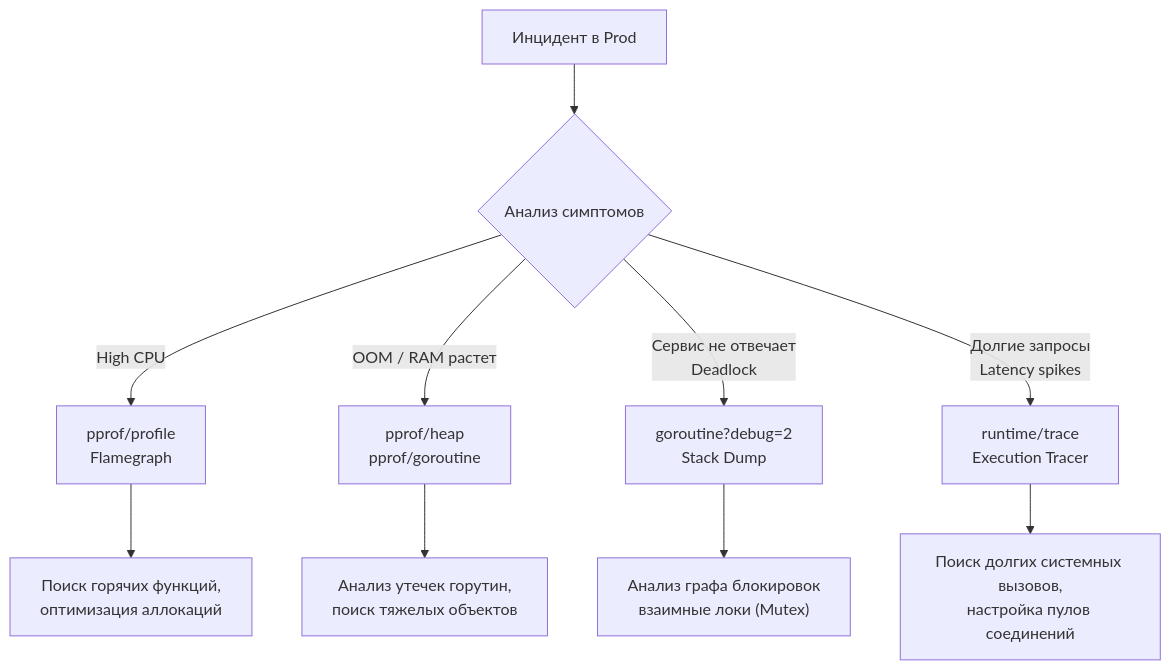
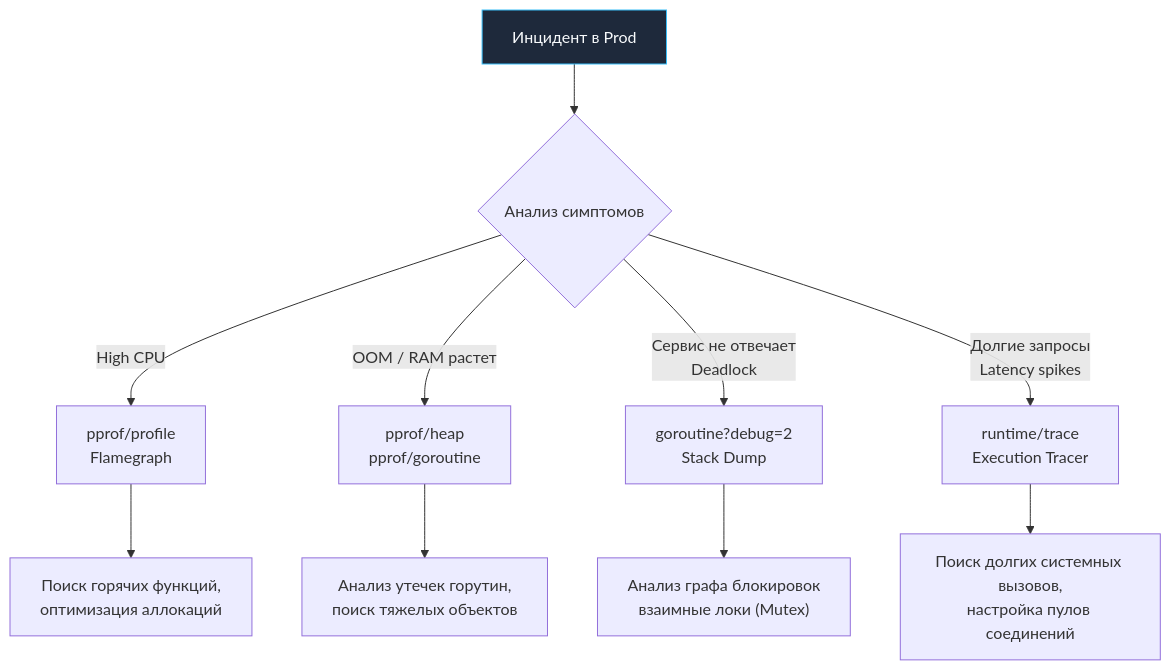
The diagram in sources/9. Бэкенд на Go (Практика разработки)/43. Debug production проблем.md (UnrealTemplier/go-textbook), drawn with Mermaid before and after one commit. The commit also changed 1666 other files, not shown here.

First line of the commit message:
feat(mermaid): add semantic color classDef to 1369 colorless flowchart/graph diagrams

````diff
--- a/sources/9. Бэкенд на Go (Практика разработки)/43. Debug production проблем.md
+++ b/sources/9. Бэкенд на Go (Практика разработки)/43. Debug production проблем.md
@@ -151,13 +151,23 @@
 ```mermaid
 flowchart TD
-    A["Инцидент в Prod"] --> B{"Анализ симптомов"}
+    classDef process  fill:#1e293b,stroke:#38bdf8,stroke-width:1px,color:#f8fafc
+    classDef success  fill:#064e3b,stroke:#34d399,stroke-width:1px,color:#f8fafc
+    classDef error    fill:#7f1d1d,stroke:#f87171,stroke-width:1px,color:#f8fafc
+    classDef warning  fill:#78350f,stroke:#fbbf24,stroke-width:1px,color:#f8fafc
+    classDef entry    fill:#1e3a5f,stroke:#38bdf8,stroke-width:2px,color:#f8fafc
+    classDef aux      fill:#334155,stroke:#64748b,stroke-width:1px,color:#f8fafc
+    classDef system   fill:#312e81,stroke:#a78bfa,stroke-width:1px,color:#f8fafc
+    classDef data     fill:#132d29,stroke:#2dd4bf,stroke-width:1px,color:#f8fafc
+    classDef network  fill:#881337,stroke:#fb7185,stroke-width:1px,color:#f8fafc
+    classDef accent   fill:#1e1b4b,stroke:#818cf8,stroke-width:1px,color:#f8fafc
+    A["Инцидент в Prod"]:::process --> B{"Анализ симптомов"}
     B -->|"High CPU"| C["pprof/profile<br>Flamegraph"]
     B -->|"OOM / RAM растет"| D["pprof/heap<br>pprof/goroutine"]
     B -->|"Сервис не отвечает<br>Deadlock"| E["goroutine?debug=2<br>Stack Dump"]
     B -->|"Долгие запросы<br>Latency spikes"| F["runtime/trace<br>Execution Tracer"]
     
     C --> C1["Поиск горячих функций,<br>оптимизация аллокаций"]
     D --> D1["Анализ утечек горутин,<br>поиск тяжелых объектов"]
     E --> E1["Анализ графа блокировок<br>взаимные локи (Mutex)"]
     F --> F1["Поиск долгих системных вызовов,<br>настройка пулов соединений"]
 ```
````
